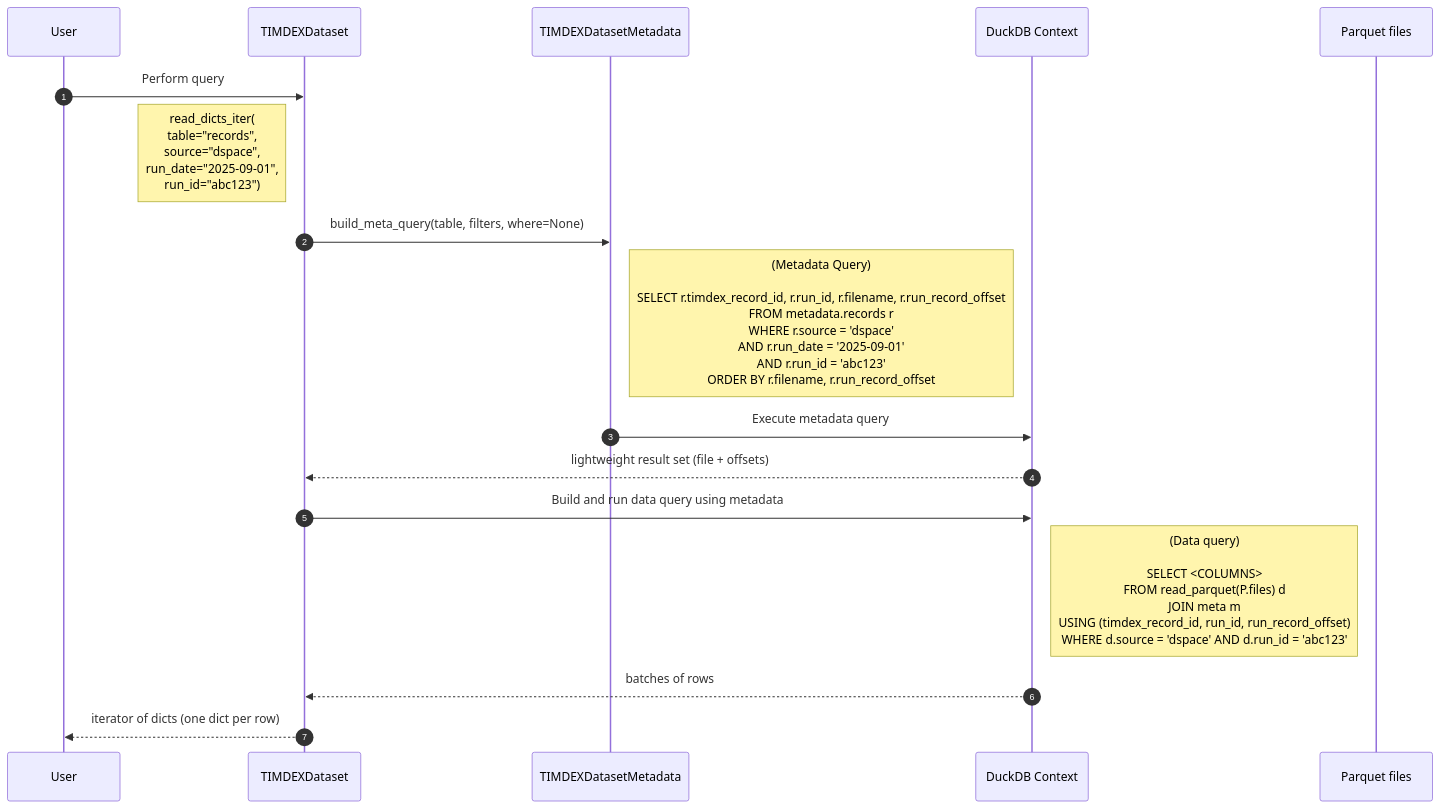
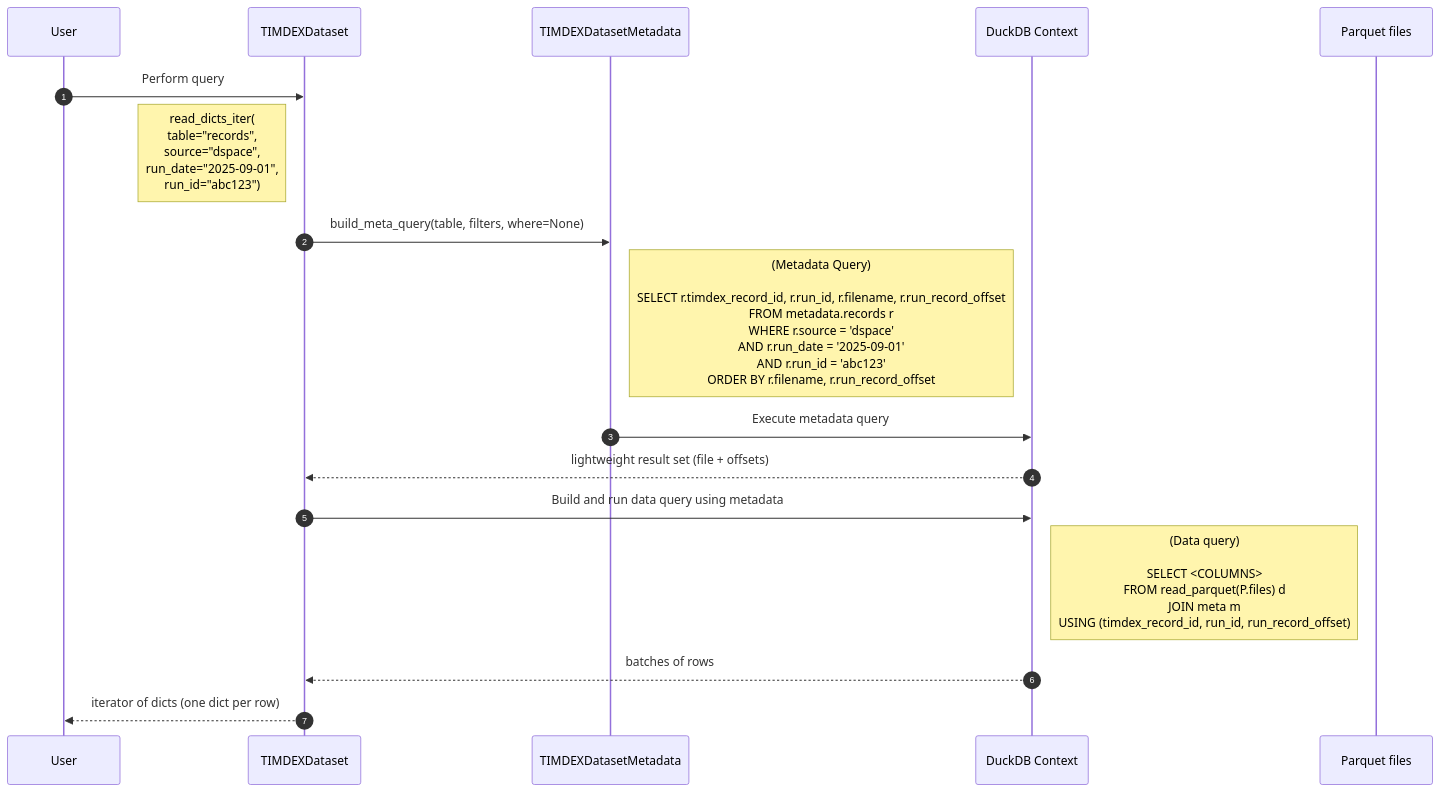
The diagram in docs/reading.md (MITLibraries/timdex-dataset-api), drawn with Mermaid before and after one commit. The commit also changed other lines of this file, not shown here.

Commit message:
Remove WHERE clause in example mermaid diagram

````diff
--- a/docs/reading.md
+++ b/docs/reading.md
@@ -53,23 +58,23 @@
 ```mermaid
 sequenceDiagram
     autonumber
     participant U as User
     participant TD as TIMDEXDataset
     participant TDM as TIMDEXDatasetMetadata
     participant D as DuckDB Context
     participant P as Parquet files
 
     U->>TD: Perform query
     Note left of TD: read_dicts_iter(<br>table="records",<br>source="dspace",<br>run_date="2025-09-01",<br>run_id="abc123")
     TD->>TDM: build_meta_query(table, filters, where=None)
     Note right of TDM: (Metadata Query)<br><br>SELECT r.timdex_record_id, r.run_id, r.filename, r.run_record_offset<br>FROM metadata.records r<br>WHERE r.source = 'dspace'<br>AND r.run_date = '2025-09-01'<br>AND r.run_id = 'abc123'<br>ORDER BY r.filename, r.run_record_offset
 
     TDM->>D: Execute metadata query
     D-->>TD: lightweight result set (file + offsets)
 
     TD->>D: Build and run data query using metadata
-    Note right of D: (Data query)<br><br>SELECT <COLUMNS><br>FROM read_parquet(P.files) d<br>JOIN meta m<br>USING (timdex_record_id, run_id, run_record_offset)<br>WHERE d.source = 'dspace' AND d.run_id = 'abc123'
+    Note right of D: (Data query)<br><br>SELECT <COLUMNS><br>FROM read_parquet(P.files) d<br>JOIN meta m<br>USING (timdex_record_id, run_id, run_record_offset)
 
     D-->>TD: batches of rows
     TD-->>U: iterator of dicts (one dict per row)
 ```
````
